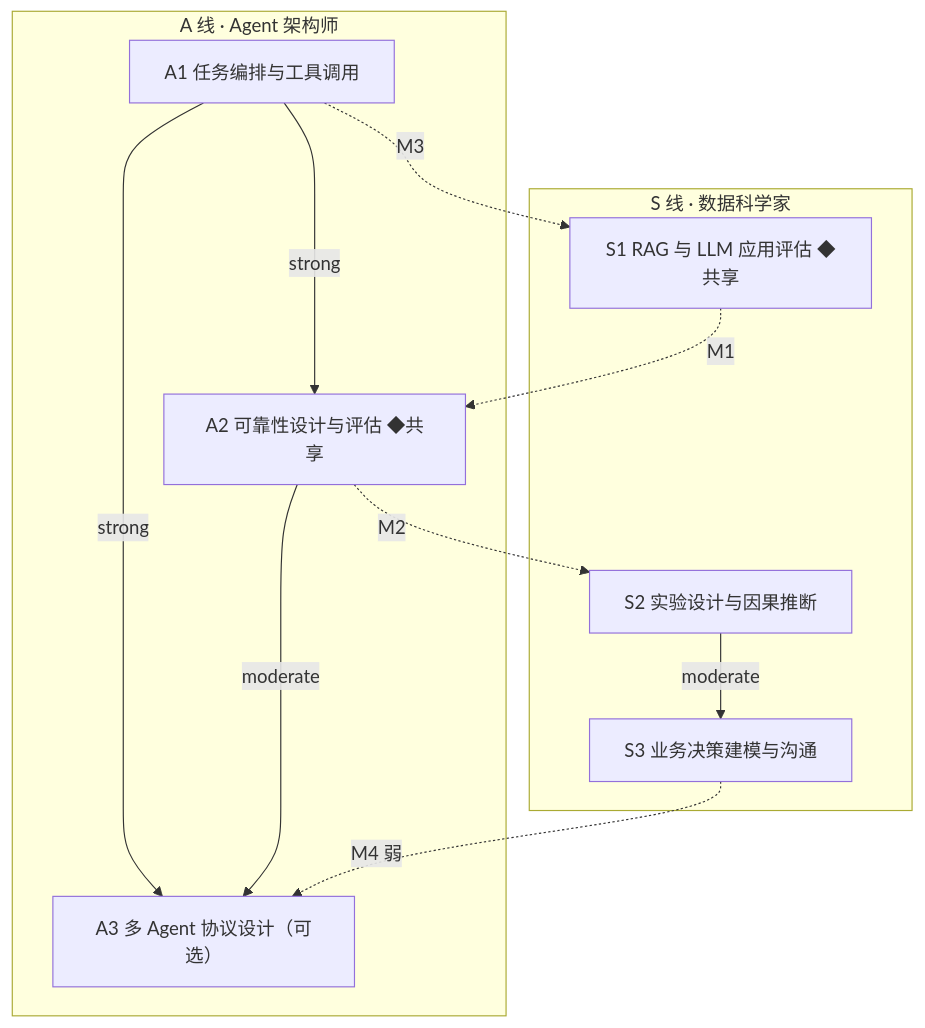
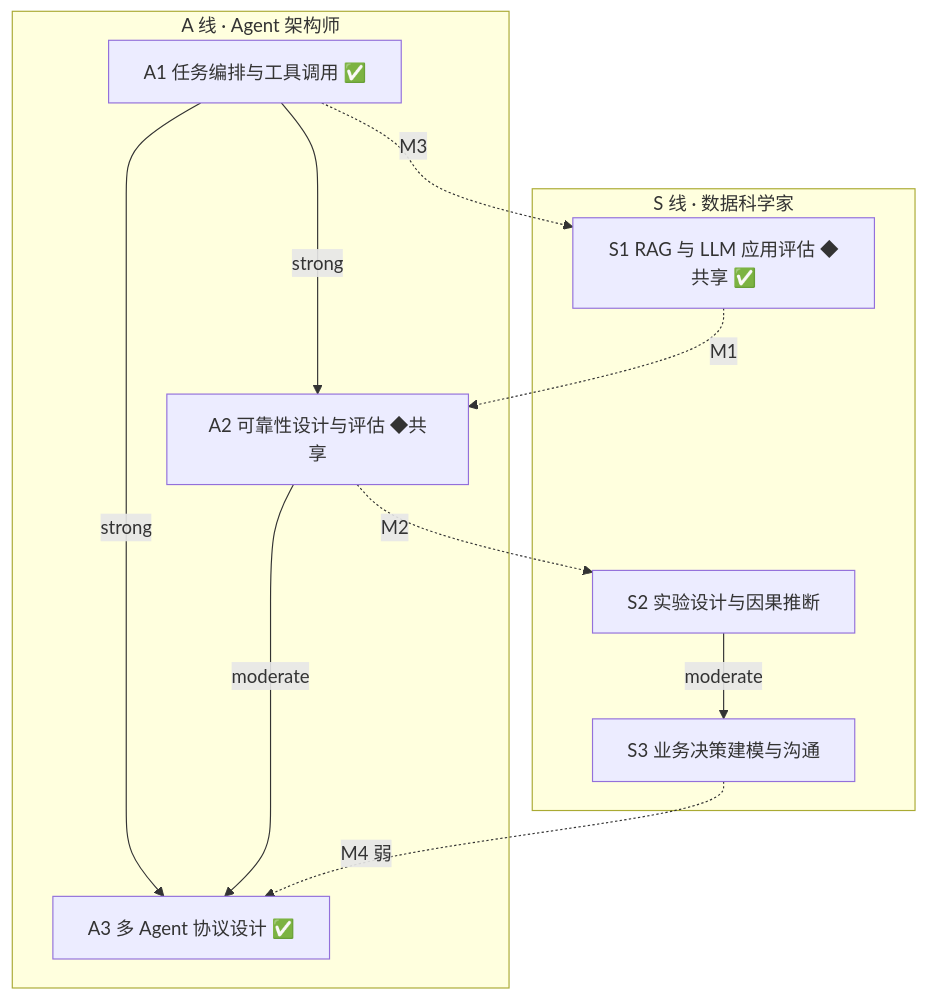
Before and after one commit to pulj26pulj26/ai-career-graph: the second of 2 diagrams in README.md, drawn with Mermaid. The commit also changed other lines of this file and 3 other files, not shown here.

Commit message:
feat: add Dify app evidence and update capability graph

````diff
--- a/README.md
+++ b/README.md
@@ -53,21 +68,21 @@
 ```mermaid
 flowchart TB
     subgraph A["A 线 · Agent 架构师"]
-        A1["A1 任务编排与工具调用"]
+        A1["A1 任务编排与工具调用 ✅"]
         A2["A2 可靠性设计与评估 ◆共享"]
-        A3["A3 多 Agent 协议设计（可选）"]
+        A3["A3 多 Agent 协议设计 ✅"]
     end
     subgraph S["S 线 · 数据科学家"]
-        S1["S1 RAG 与 LLM 应用评估 ◆共享"]
+        S1["S1 RAG 与 LLM 应用评估 ◆共享 ✅"]
         S2["S2 实验设计与因果推断"]
         S3["S3 业务决策建模与沟通"]
     end
     A1 -->|strong| A2
     A1 -->|strong| A3
     A2 -->|moderate| A3
     S2 -->|moderate| S3
     S1 -.->|M1| A2
     A2 -.->|M2| S2
     A1 -.->|M3| S1
     S3 -.->|M4 弱| A3
 ```
````
